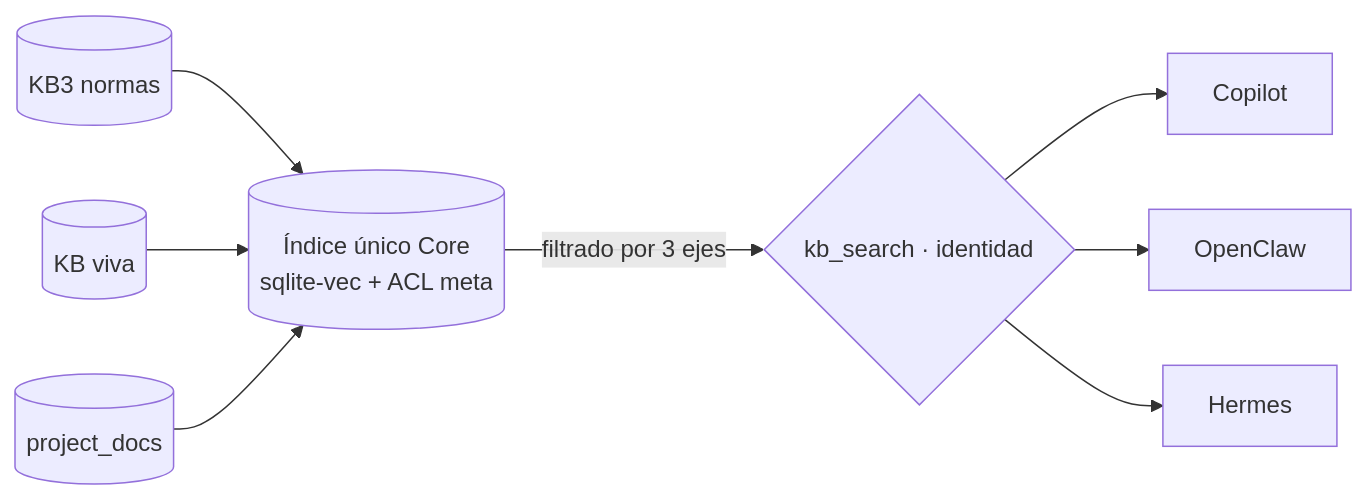
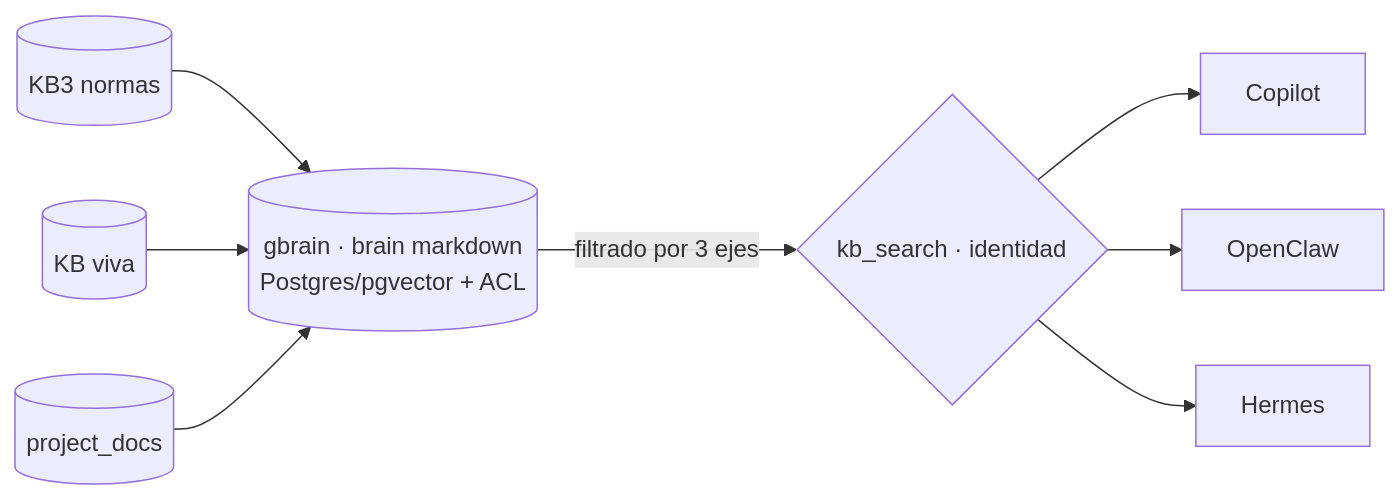
The second of 2 diagrams in docs/prds/alinea/fase2/Alinea_FASE2_Blueprint.md (JoseTabora93/Alinea-Copilot), drawn with Mermaid before and after one commit. The commit also changed other lines of this file and 1 other file, not shown here.

Commit message:
docs(planning): adopt gbrain as KB/RAG layer (MIT, markdown+Postgres+MCP for OpenClaw/Hermes) + Obsidian-style /knowledge UI; Claude install/config instructions

````diff
--- a/docs/prds/alinea/fase2/Alinea_FASE2_Blueprint.md
+++ b/docs/prds/alinea/fase2/Alinea_FASE2_Blueprint.md
@@ -180,10 +182,10 @@
 ```mermaid
 flowchart LR
-  KB3[(KB3 normas)] --> IDX[(Índice único Core<br/>sqlite-vec + ACL meta)]
+  KB3[(KB3 normas)] --> IDX[(gbrain · brain markdown<br/>Postgres/pgvector + ACL)]
   VIVA[(KB viva)] --> IDX
   PDOCS[(project_docs)] --> IDX
   IDX -->|filtrado por 3 ejes| Q{kb_search · identidad}
   Q --> COP[Copilot]
   Q --> OCC[OpenClaw]
   Q --> HER[Hermes]
 ```
````
